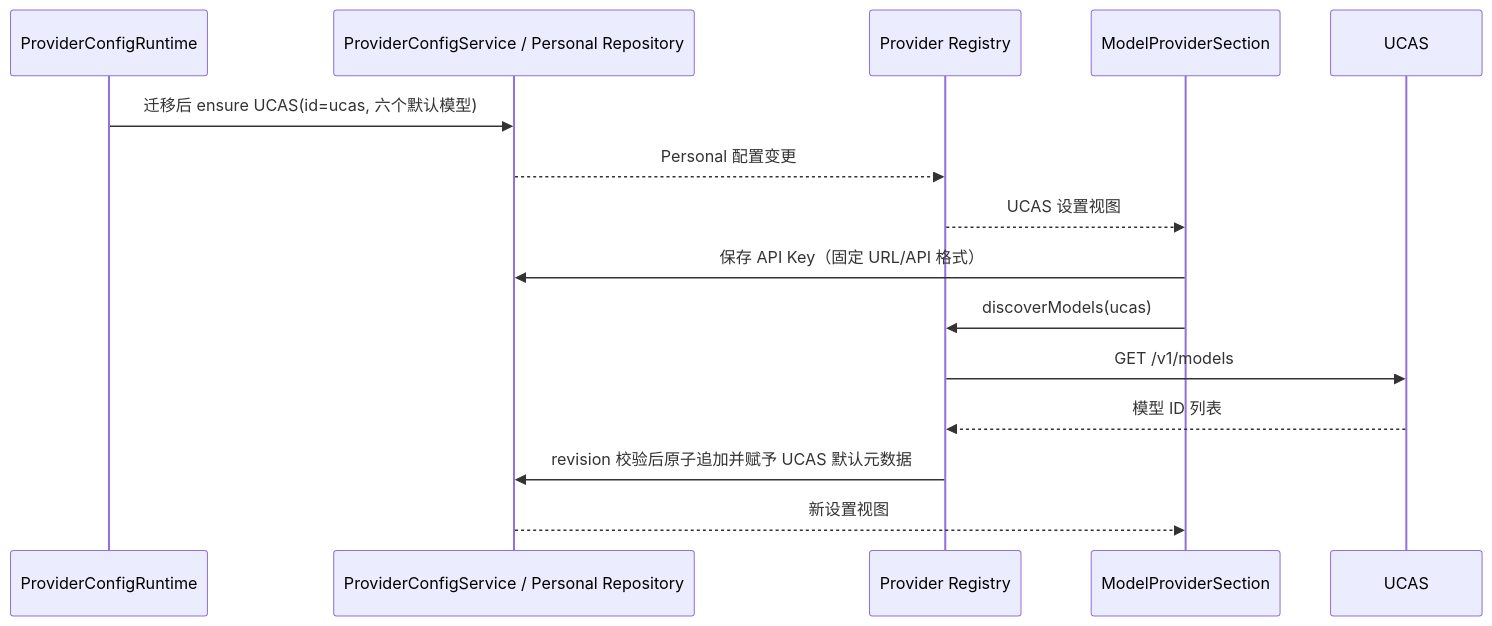
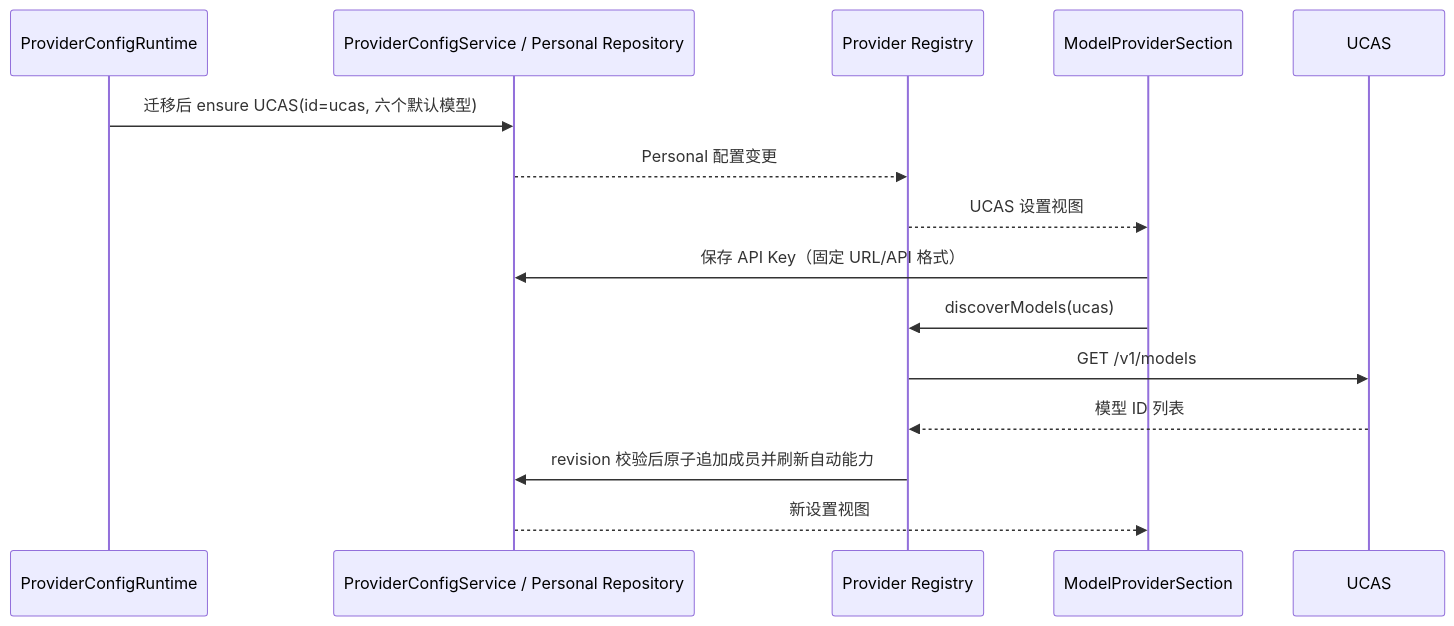
Before and after one commit to Jas0nxlee/UWork_frontend: the diagram in specs/ucas-default-provider.md, drawn with Mermaid. The commit also changed other lines of this file and 42 other files, not shown here.

````diff
--- a/specs/ucas-default-provider.md
+++ b/specs/ucas-default-provider.md
@@ -20,17 +20,17 @@
 ```mermaid
 sequenceDiagram
     participant Runtime as ProviderConfigRuntime
     participant Owner as ProviderConfigService / Personal Repository
     participant Registry as Provider Registry
     participant UI as ModelProviderSection
     participant API as UCAS
     Runtime->>Owner: 迁移后 ensure UCAS(id=ucas, 六个默认模型)
     Owner-->>Registry: Personal 配置变更
     Registry-->>UI: UCAS 设置视图
     UI->>Owner: 保存 API Key（固定 URL/API 格式）
     UI->>Registry: discoverModels(ucas)
     Registry->>API: GET /v1/models
     API-->>Registry: 模型 ID 列表
-    Registry->>Owner: revision 校验后原子追加并赋予 UCAS 默认元数据
+    Registry->>Owner: revision 校验后原子追加成员并刷新自动能力
     Owner-->>UI: 新设置视图
 ```
````
